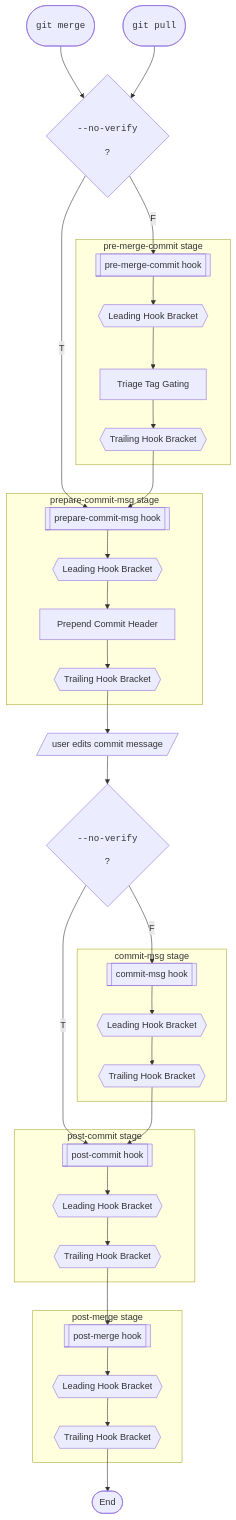
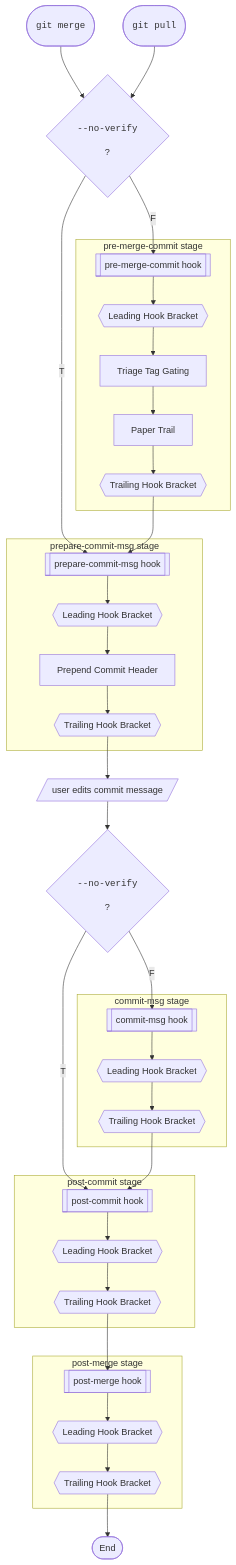
One commit to kami-lel/hupy changed the second of 3 diagrams in docs/chain_doc.md. Above: the diagram before and after it, drawn with Mermaid. The commit also changed other lines of this file and 8 other files, not shown here.

First line of the commit message:
add paper-trail hook; wire pt config, docs, and skip-once support

````diff
--- a/docs/chain_doc.md
+++ b/docs/chain_doc.md
@@ -173,48 +175,49 @@
 ```mermaid
 flowchart TD
     A1([<pre><code>git merge</code></pre>])
     A2([<pre><code>git pull</code></pre>])
 
     G{<pre><code>--no-verify</code></pre>?}
 
     A1 --> G
     A2 --> G
 
     subgraph premerge [pre-merge-commit stage]
         C[[pre-merge-commit hook]] --> C1{{Leading Hook Bracket}}
         C1 --> Cttg[Triage Tag Gating]
-        Cttg --> C2{{Trailing Hook Bracket}}
+        Cttg --> Cpt[Paper Trail]
+        Cpt --> C2{{Trailing Hook Bracket}}
     end
     G -->|F| C
 
     subgraph preparemsg [prepare-commit-msg stage]
         F[[prepare-commit-msg hook]] --> F1{{Leading Hook Bracket}}
         F1 --> Fmsg[Prepend Commit Header]
         Fmsg --> F2{{Trailing Hook Bracket}}
     end
     G -->|T| F
     C2 --> F
 
     F2 --> EditStep[/user edits commit message/]
     EditStep --> H{<pre><code>--no-verify</code></pre>?}
 
     subgraph commitmsg [commit-msg stage]
         I[[commit-msg hook]] --> I1{{Leading Hook Bracket}}
         I1 --> I2{{Trailing Hook Bracket}}
     end
     H -->|F| I
 
     subgraph postcommit [post-commit stage]
         L[[post-commit hook]] --> L1{{Leading Hook Bracket}}
         L1 --> L2{{Trailing Hook Bracket}}
     end
     H -->|T| L
     I2 --> L
 
     subgraph postmerge [post-merge stage]
         PM3[[post-merge hook]] --> PM1{{Leading Hook Bracket}}
         PM1 --> PM2{{Trailing Hook Bracket}}
     end
     L2 --> PM3
     PM2 --> Z4([End])
 ```
````
